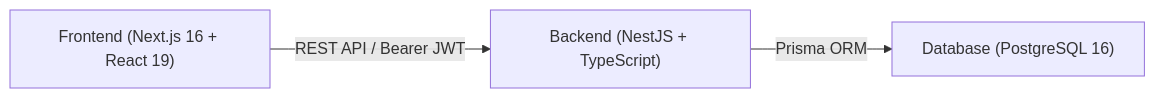
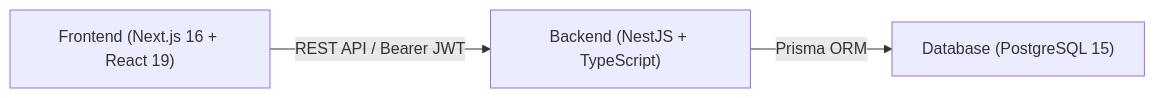
Before and after one commit to SamsunNuha/agency-os-sales-pipeline: the diagram in docs/TECHNICAL_HANDOVER.md, drawn with Mermaid. The commit also changed other lines of this file and 10 other files, not shown here.

````diff
--- a/docs/TECHNICAL_HANDOVER.md
+++ b/docs/TECHNICAL_HANDOVER.md
@@ -12,5 +12,5 @@
 ```mermaid
 flowchart LR
     A["Frontend (Next.js 16 + React 19)"] -->|"REST API / Bearer JWT"| B["Backend (NestJS + TypeScript)"]
-    B -->|"Prisma ORM"| C["Database (PostgreSQL 16)"]
+    B -->|"Prisma ORM"| C["Database (PostgreSQL 15)"]
 ```
````
